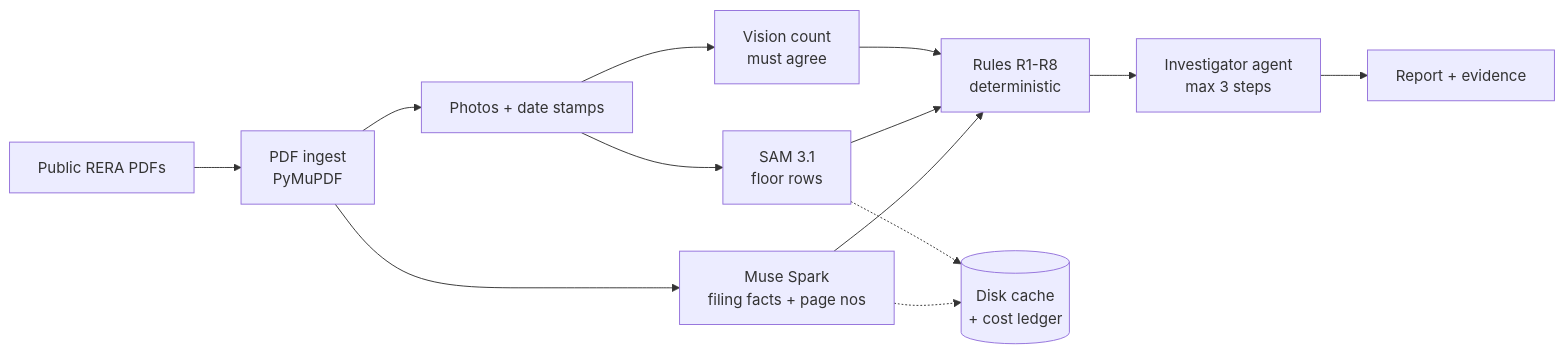
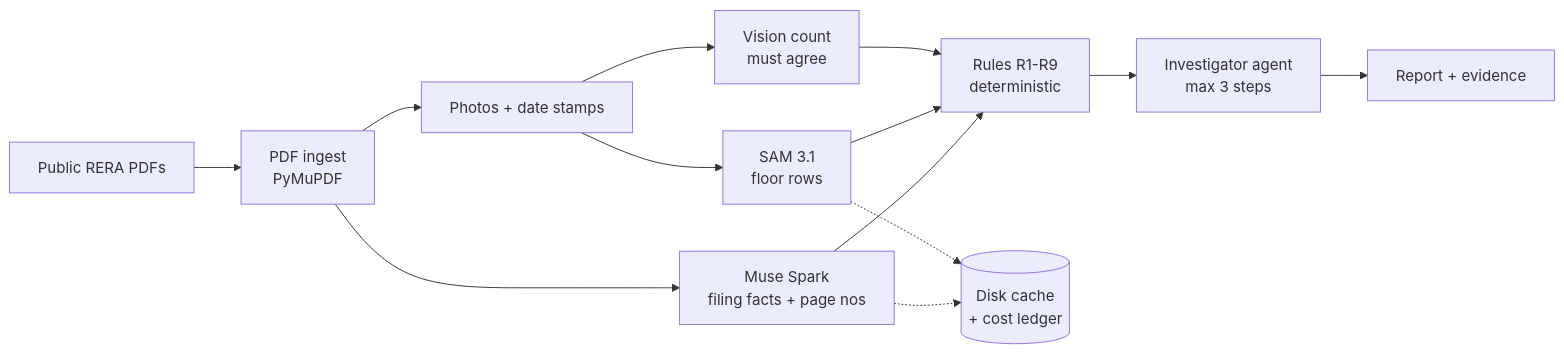
Before and after one commit to rushabhT3/stackcheck: the diagram in README.md, drawn with Mermaid. The commit also changed other lines of this file, not shown here.

````diff
--- a/README.md
+++ b/README.md
@@ -53,15 +54,15 @@
 ```mermaid
 graph LR
     PDF[Public RERA PDFs] --> Ingest[PDF ingest<br/>PyMuPDF]
     Ingest --> Facts[Muse Spark<br/>filing facts + page nos]
     Ingest --> Photos[Photos + date stamps]
     Photos --> SAM[SAM 3.1<br/>floor rows]
     Photos --> VC[Vision count<br/>must agree]
-    Facts --> Rules[Rules R1-R8<br/>deterministic]
+    Facts --> Rules[Rules R1-R9<br/>deterministic]
     SAM --> Rules
     VC --> Rules
     Rules --> Agent[Investigator agent<br/>max 3 steps]
     Agent --> Report[Report + evidence]
     Facts -.-> Cache[(Disk cache<br/>+ cost ledger)]
     SAM -.-> Cache
 ```
````
